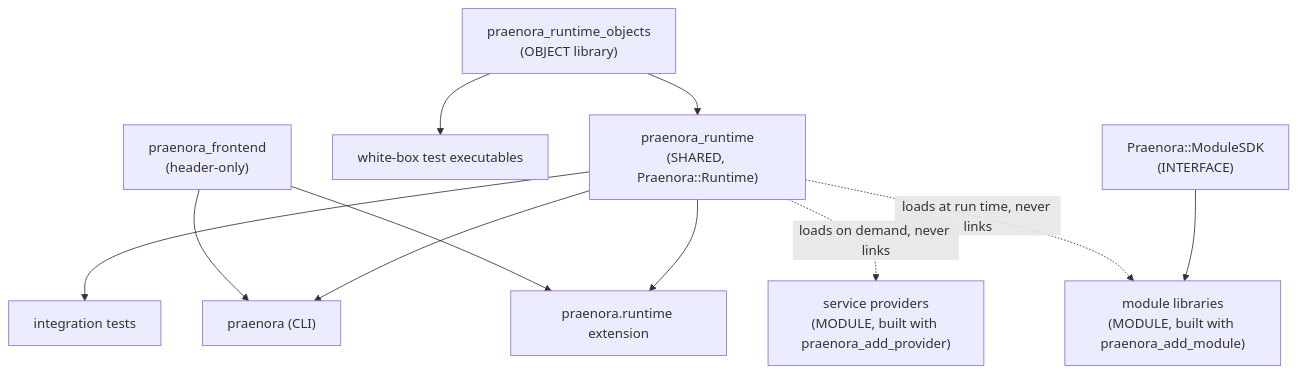
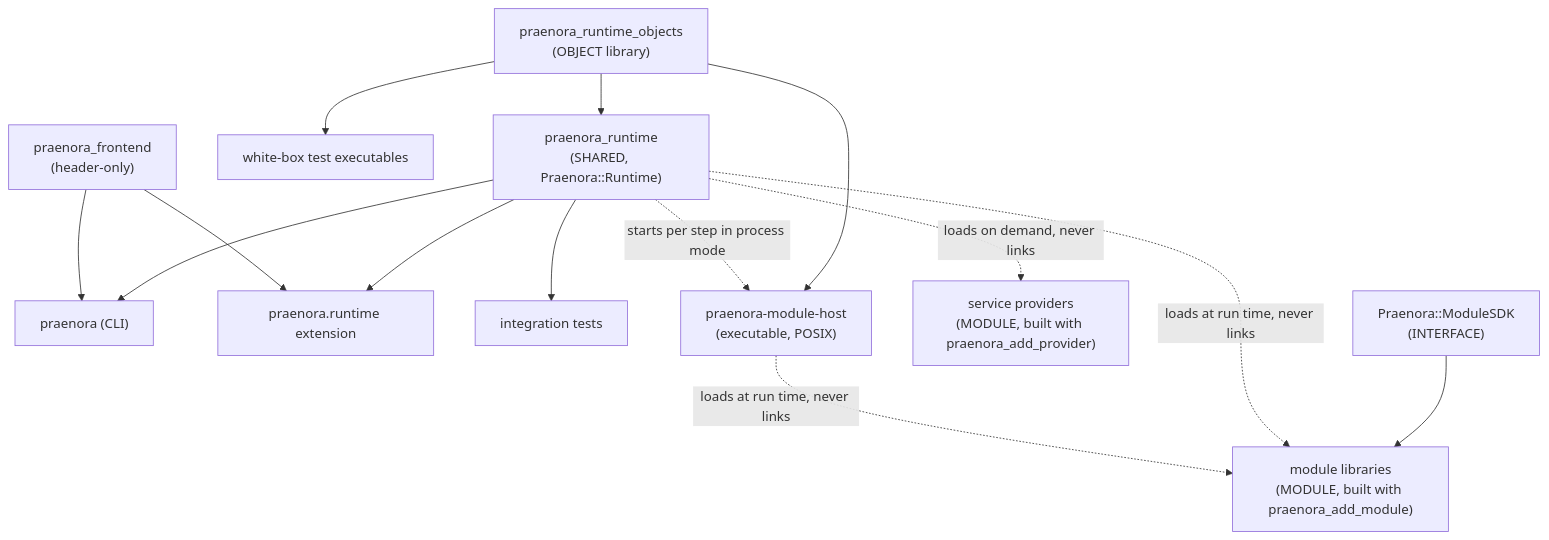
The second of 5 diagrams in docs/architecture.md (INFLECT-Praenora/praenora-runtime), drawn with Mermaid before and after one commit. The commit also changed other lines of this file and 180 other files, not shown here.

````diff
--- a/docs/architecture.md
+++ b/docs/architecture.md
@@ -97,13 +104,16 @@
 ```mermaid
 flowchart TB
     objects["praenora_runtime_objects<br/>(OBJECT library)"] --> shared["praenora_runtime<br/>(SHARED, Praenora::Runtime)"]
     objects --> whitebox["white-box test executables"]
     shared --> cli["praenora (CLI)"]
     shared --> python["praenora.runtime extension"]
     shared --> blackbox["integration tests"]
     frontend["praenora_frontend<br/>(header-only)"] --> cli
     frontend --> python
     sdk["Praenora::ModuleSDK<br/>(INTERFACE)"] --> modules["module libraries<br/>(MODULE, built with praenora_add_module)"]
     shared -.->|"loads at run time, never links"| modules
     shared -.->|"loads on demand, never links"| providers["service providers<br/>(MODULE, built with praenora_add_provider)"]
+    objects --> modulehost["praenora-module-host<br/>(executable, POSIX)"]
+    shared -.->|"starts per step in process mode"| modulehost
+    modulehost -.->|"loads at run time, never links"| modules
 ```
````
